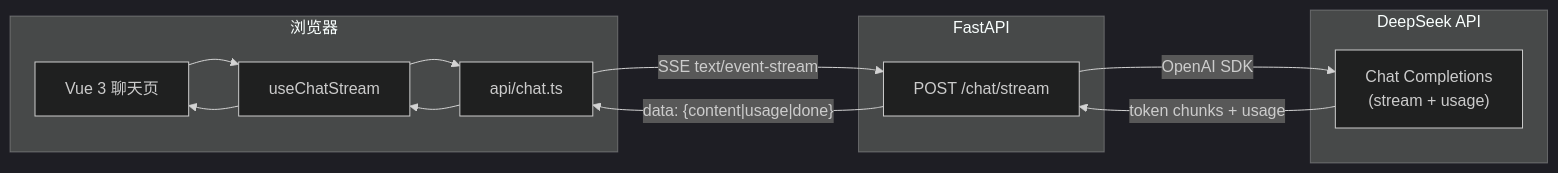
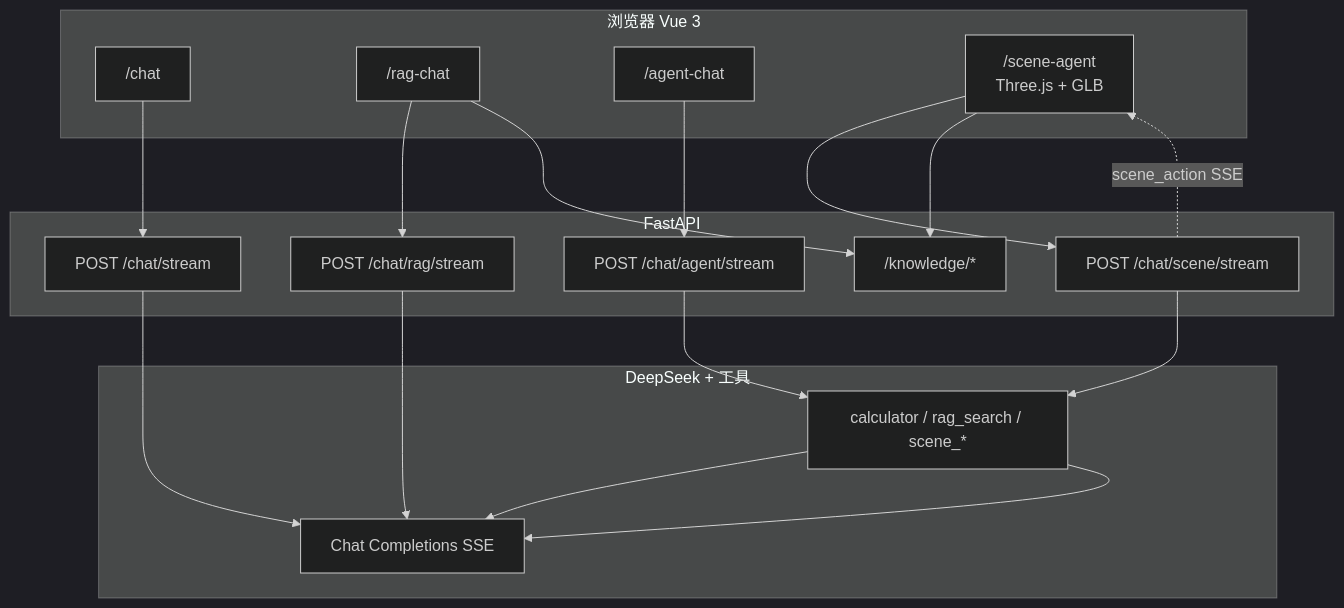
The diagram in README.md (zzdream/OmniChat), drawn with Mermaid (dark theme) before and after one commit. The commit also changed other lines of this file and 3 other files, not shown here.

````diff
--- a/README.md
+++ b/README.md
@@ -27,23 +59,34 @@
 ```mermaid
-flowchart LR
-  subgraph Browser["浏览器"]
-    UI["Vue 3 聊天页"]
-    Hook["useChatStream"]
-    API["api/chat.ts"]
+flowchart TB
+  subgraph Browser["浏览器 Vue 3"]
+    Chat["/chat"]
+    RAG["/rag-chat"]
+    Agent["/agent-chat"]
+    Scene["/scene-agent\nThree.js + GLB"]
   end
 
   subgraph Server["FastAPI"]
-    Route["POST /chat/stream"]
+    S1["POST /chat/stream"]
+    S2["POST /chat/rag/stream"]
+    S3["POST /chat/agent/stream"]
+    S4["POST /chat/scene/stream"]
+    KB["/knowledge/*"]
   end
 
-  subgraph LLM["DeepSeek API"]
-    Model["Chat Completions\n(stream + usage)"]
+  subgraph AI["DeepSeek + 工具"]
+    LLM["Chat Completions SSE"]
+    Tools["calculator / rag_search / scene_*"]
   end
 
-  UI --> Hook --> API
-  API -->|"SSE text/event-stream"| Route
-  Route -->|"OpenAI SDK"| Model
-  Model -->|"token chunks + usage"| Route
-  Route -->|"data: {content|usage|done}"| API
-  API --> Hook --> UI
+  Chat --> S1
+  RAG --> S2
+  Agent --> S3
+  Scene --> S4
+  RAG --> KB
+  Scene --> KB
+  S1 --> LLM
+  S2 --> LLM
+  S3 --> Tools --> LLM
+  S4 --> Tools --> LLM
+  S4 -.->|"scene_action SSE"| Scene
 ```
````
